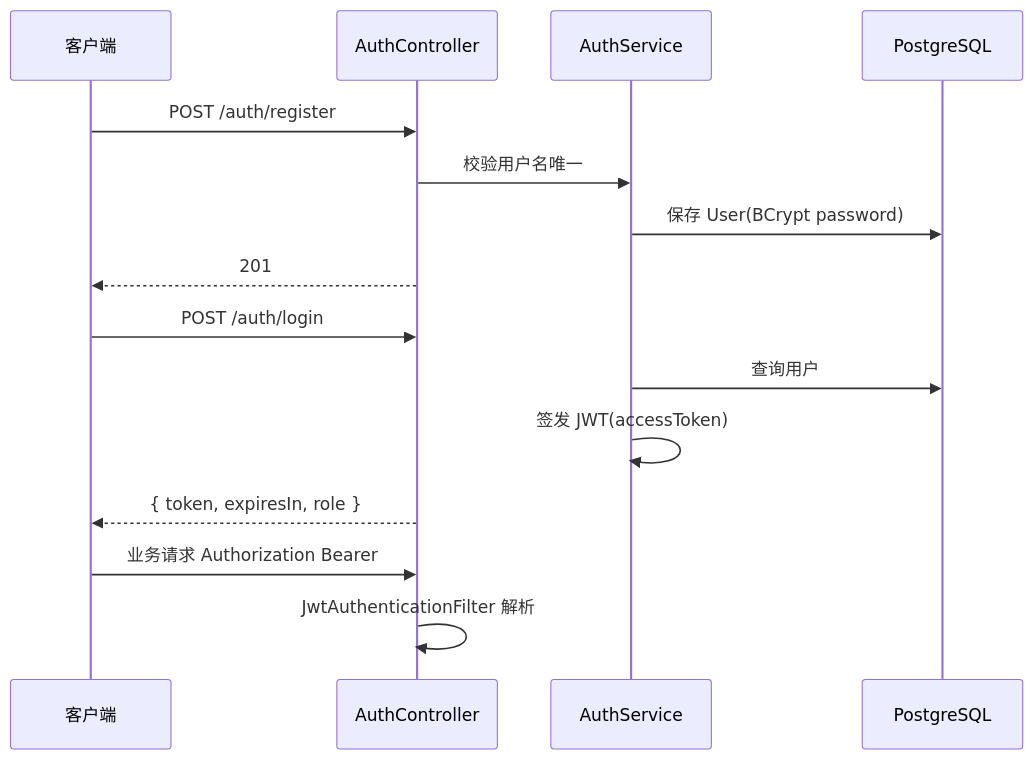
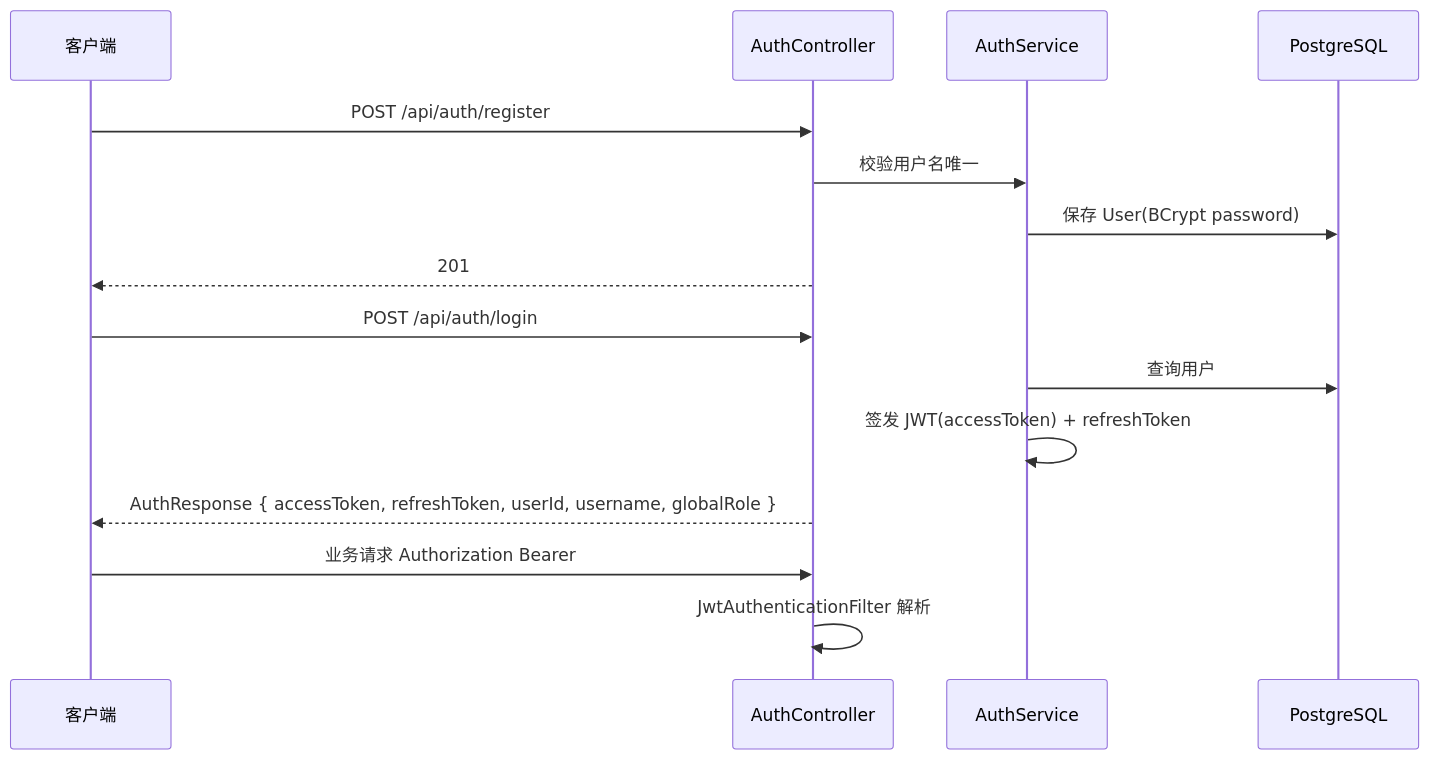
Before and after one commit to codeson-1/KnowSource: diagram 11 of 11 in docs/architecture/KnowSource-RAG-架构设计文档.md, drawn with Mermaid. The commit also changed other lines of this file and 9 other files, not shown here.

First line of the commit message:
docs: update architecture and spike documentation

````diff
--- a/docs/architecture/KnowSource-RAG-架构设计文档.md
+++ b/docs/architecture/KnowSource-RAG-架构设计文档.md
@@ -1401,20 +1436,20 @@
 ```mermaid
 sequenceDiagram
     participant C as 客户端
     participant API as AuthController
     participant S as AuthService
     participant DB as PostgreSQL
 
-    C->>API: POST /auth/register
+    C->>API: POST /api/auth/register
     API->>S: 校验用户名唯一
     S->>DB: 保存 User(BCrypt password)
     API-->>C: 201
 
-    C->>API: POST /auth/login
+    C->>API: POST /api/auth/login
     S->>DB: 查询用户
-    S->>S: 签发 JWT(accessToken)
-    API-->>C: { token, expiresIn, role }
+    S->>S: 签发 JWT(accessToken) + refreshToken
+    API-->>C: AuthResponse { accessToken, refreshToken, userId, username, globalRole }
 
     C->>API: 业务请求 Authorization Bearer
     API->>API: JwtAuthenticationFilter 解析
 ```
````
